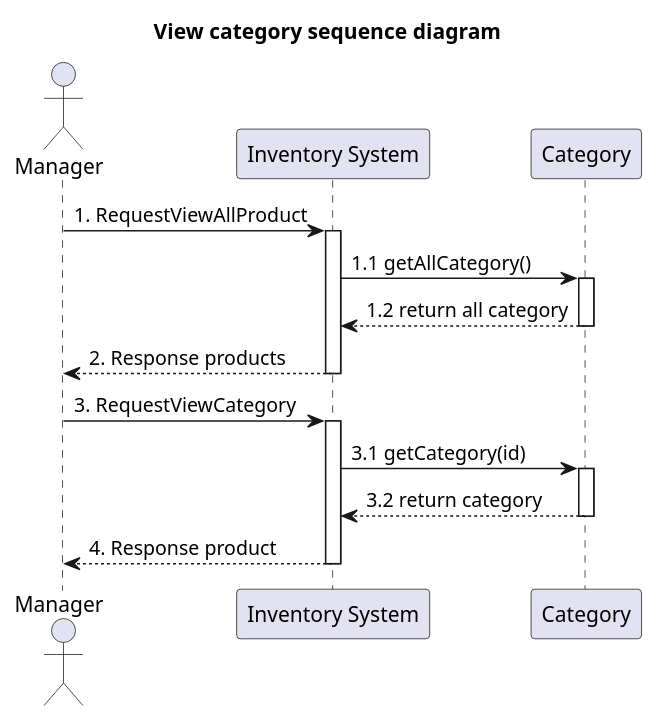
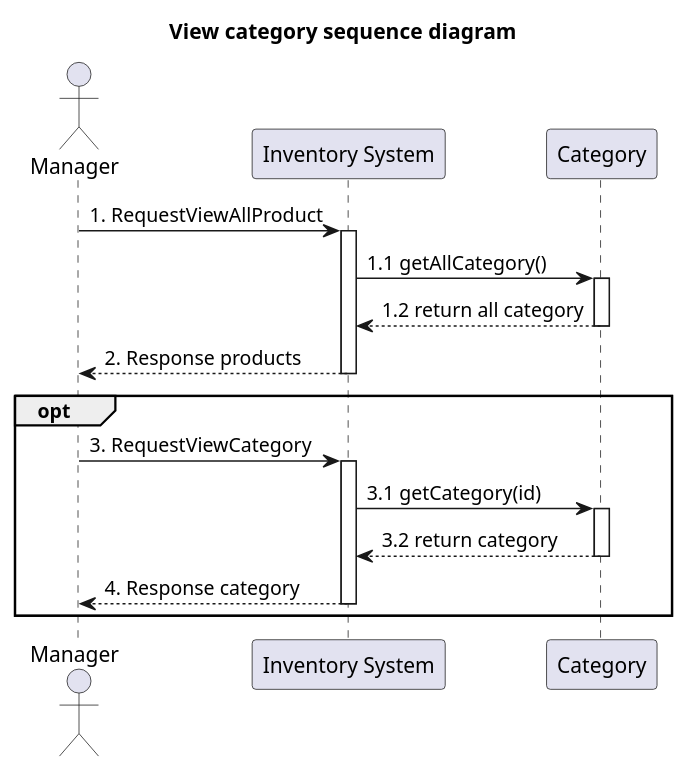
One commit to billowdev/inventory-system-plantuml-sequelize-seeder-example changed the diagram in system-analysis/sequence/_3_1_sequence-view-category.puml. Above: the diagram before and after it, drawn with PlantUML. The commit also changed 1 other file, not shown here.

Commit message:
add opt in view sequence diagram

```diff
--- a/system-analysis/sequence/_3_1_sequence-view-category.puml
+++ b/system-analysis/sequence/_3_1_sequence-view-category.puml
@@ -1,46 +1,47 @@
 @startuml
 'example
 title View category sequence diagram
 
 actor Manager as actorManager
 participant "Inventory System" as InventorySystem
 'participant "Inventory" as classInventory
 participant "Category" as classCategory
 
 
 actorManager -> InventorySystem: 1. RequestViewAllProduct
 activate InventorySystem
 
 '-------------- START view product ---------------
 InventorySystem -> classCategory: 1.1 getAllCategory()
 activate classCategory
 
 classCategory --> InventorySystem: 1.2 return all category
 deactivate classCategory
 
 
 '-------------- END view product ---------------
 
 InventorySystem --> actorManager : 2. Response products
 
 deactivate InventorySystem
 
 
+opt
 actorManager -> InventorySystem: 3. RequestViewCategory
 activate InventorySystem
 
 '-------------- START view product ---------------
 InventorySystem -> classCategory: 3.1 getCategory(id)
 activate classCategory
 
 classCategory --> InventorySystem: 3.2 return category
 deactivate classCategory
 
 
 '-------------- END view product ---------------
-
-InventorySystem --> actorManager : 4. Response product
+InventorySystem --> actorManager : 4. Response category
 
 deactivate InventorySystem
+end
 
 @enduml
```
